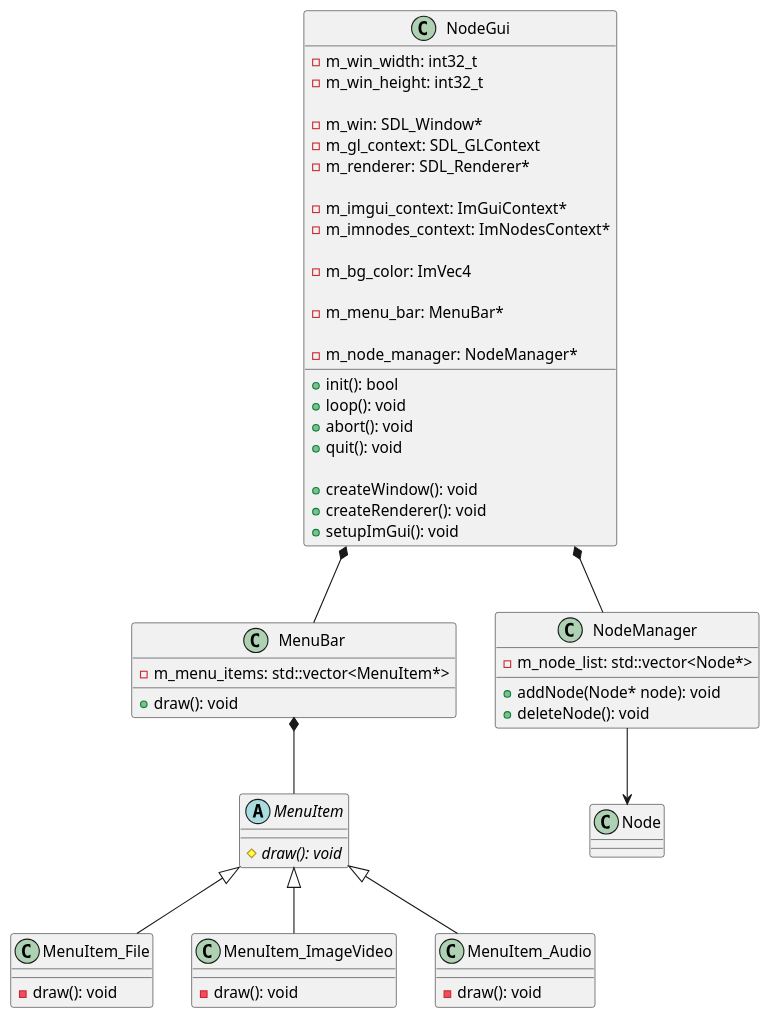
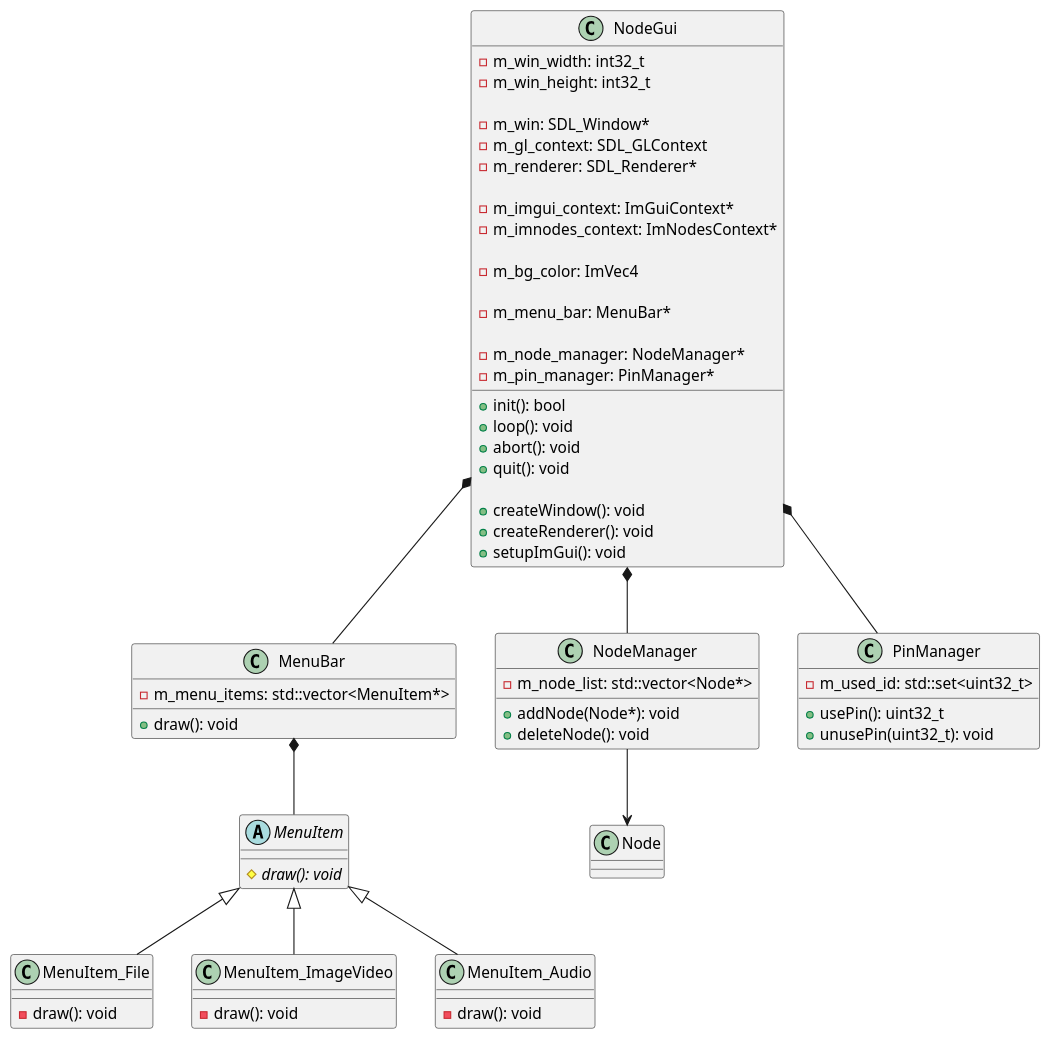
One commit to nkue-yst/NodeProcessV2 changed the diagram in uml/uml_impl.pu. Above: the diagram before and after it, drawn with PlantUML. The commit also changed 9 other files, not shown here.

Commit message:
Implement PinManager

```diff
--- a/uml/uml_impl.pu
+++ b/uml/uml_impl.pu
@@ -1,73 +1,82 @@
 @startuml NodeProcessing_Impl
 
 class NodeGui {
     +init(): bool
     +loop(): void
     +abort(): void
     +quit(): void
 
     +createWindow(): void
     +createRenderer(): void
     +setupImGui(): void
 
     -m_win_width: int32_t
     -m_win_height: int32_t
 
     -m_win: SDL_Window*
     -m_gl_context: SDL_GLContext
     -m_renderer: SDL_Renderer*
 
     -m_imgui_context: ImGuiContext*
     -m_imnodes_context: ImNodesContext*
 
     -m_bg_color: ImVec4
 
     -m_menu_bar: MenuBar*
 
     -m_node_manager: NodeManager*
+    -m_pin_manager: PinManager*
 }
 
 class MenuBar {
     +draw(): void
 
     -m_menu_items: std::vector<MenuItem*>
 }
 
 abstract class MenuItem {
     {abstract} #draw(): void
 }
 
 class MenuItem_File {
     -draw(): void
 }
 
 class MenuItem_ImageVideo {
     -draw(): void
 }
 
 class MenuItem_Audio {
     -draw(): void
 }
 
 class NodeManager {
-    +addNode(Node* node): void
+    +addNode(Node*): void
     +deleteNode(): void
 
     -m_node_list: std::vector<Node*>
 }
 
 class Node {
 
 }
 
+class PinManager {
+    +usePin(): uint32_t
+    +unusePin(uint32_t): void
+
+    -m_used_id: std::set<uint32_t>
+}
+
 NodeGui *-- NodeManager
+NodeGui *-- PinManager
 NodeGui *-- MenuBar
 
 MenuBar *-- MenuItem
 MenuItem <|-- MenuItem_File
 MenuItem <|-- MenuItem_ImageVideo
 MenuItem <|-- MenuItem_Audio
 
 NodeManager --> Node
 
 @enduml
```
